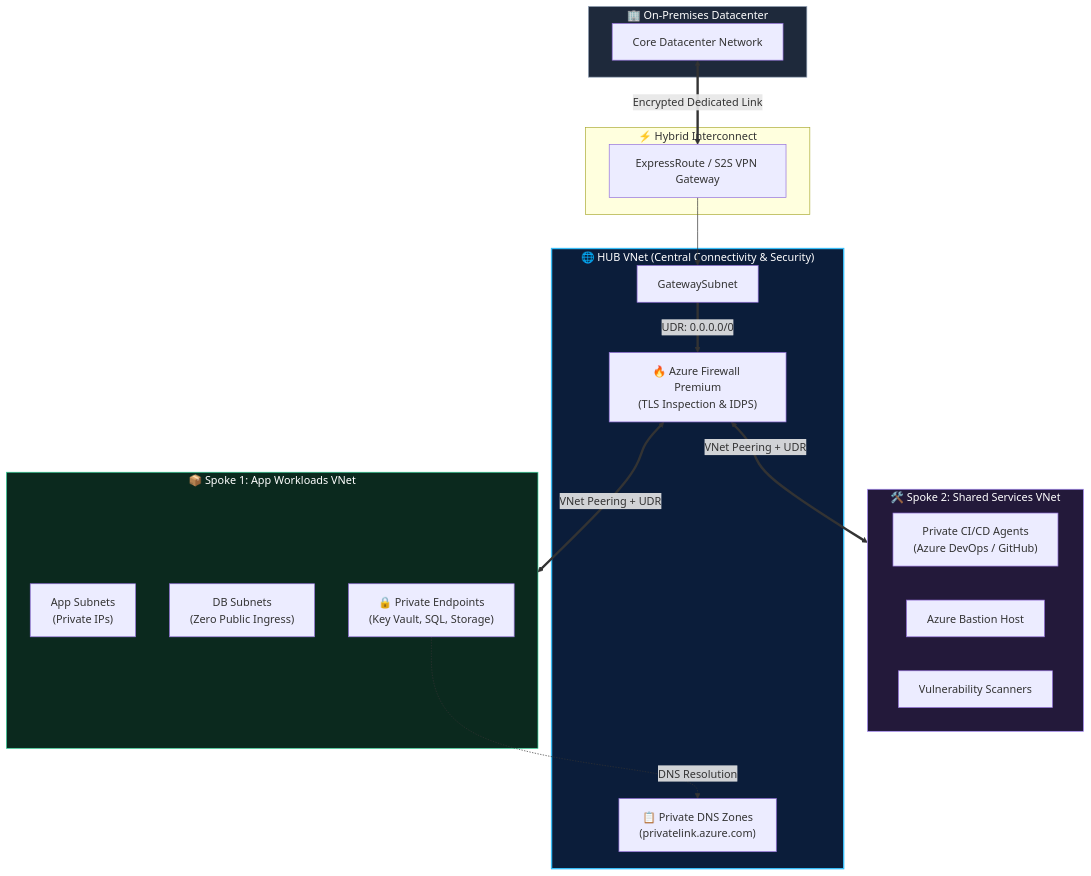
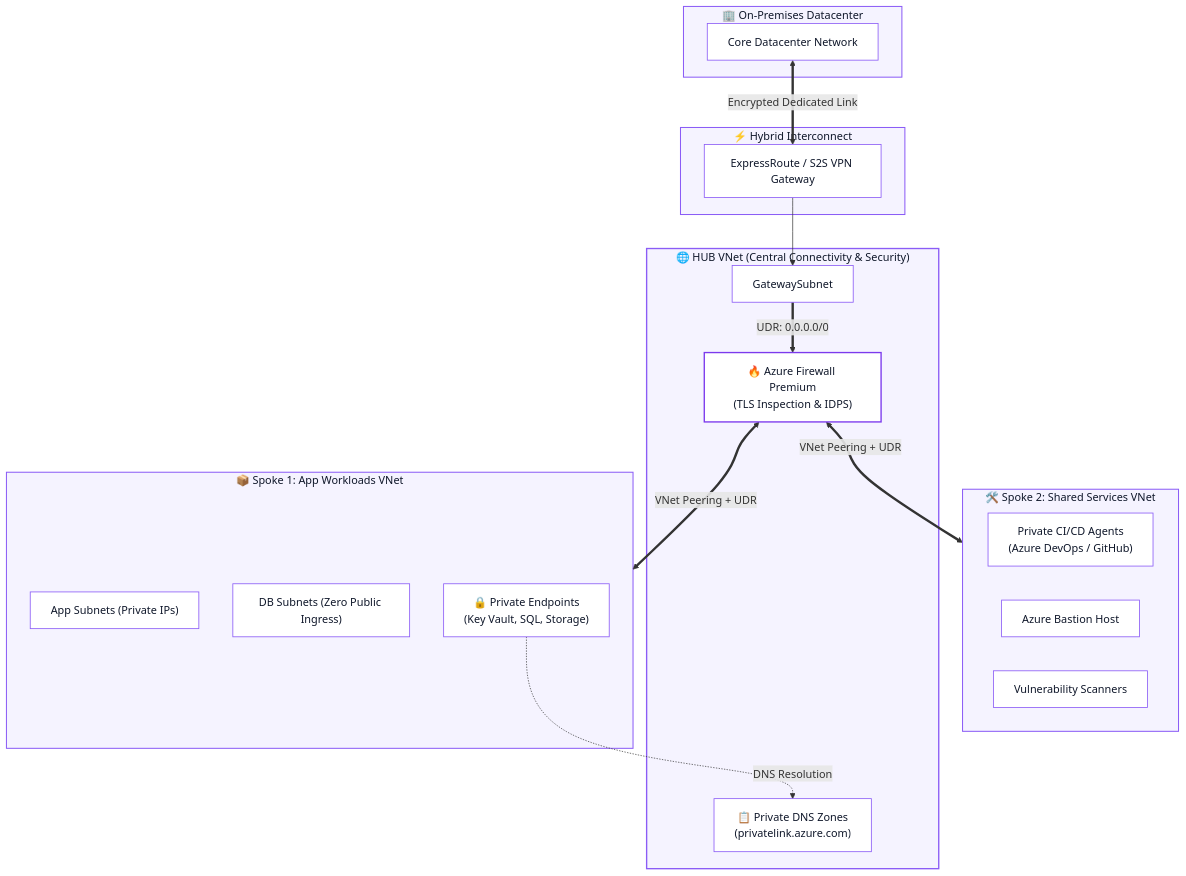
Before and after one commit to Ankitasingh-singh/Ankitasingh-singh: the fifth of 10 diagrams in README.md, drawn with Mermaid. The commit also changed other lines of this file, not shown here.

````diff
--- a/README.md
+++ b/README.md
@@ -278,40 +342,53 @@
 ```mermaid
 flowchart TD
     subgraph OnPrem["🏢 On-Premises Datacenter"]
         DC["Core Datacenter Network"]
     end
 
     subgraph HybridConnectivity["⚡ Hybrid Interconnect"]
         ER["ExpressRoute / S2S VPN Gateway"]
     end
 
     DC <==>|"Encrypted Dedicated Link"| ER
 
     subgraph HubVNet["🌐 HUB VNet (Central Connectivity & Security)"]
         ER --> GatewaySubnet["GatewaySubnet"]
-        Firewall["🔥 Azure Firewall Premium\n(TLS Inspection & IDPS)"]
-        PrivateDNS["📋 Private DNS Zones\n(privatelink.azure.com)"]
+        Firewall["🔥 Azure Firewall Premium<br/>(TLS Inspection & IDPS)"]
+        PrivateDNS["📋 Private DNS Zones<br/>(privatelink.azure.com)"]
         GatewaySubnet ==>|"UDR: 0.0.0.0/0"| Firewall
     end
 
     subgraph SpokeApp["📦 Spoke 1: App Workloads VNet"]
-        AppTier["App Subnets\n(Private IPs)"]
-        DBTier["DB Subnets\n(Zero Public Ingress)"]
-        PvtEndpoint["🔒 Private Endpoints\n(Key Vault, SQL, Storage)"]
+        AppTier["App Subnets (Private IPs)"]
+        DBTier["DB Subnets (Zero Public Ingress)"]
+        PvtEndpoint["🔒 Private Endpoints<br/>(Key Vault, SQL, Storage)"]
     end
 
     subgraph SpokeShared["🛠️ Spoke 2: Shared Services VNet"]
-        Runners["Private CI/CD Agents\n(Azure DevOps / GitHub)"]
+        Runners["Private CI/CD Agents<br/>(Azure DevOps / GitHub)"]
         Bastion["Azure Bastion Host"]
         SecTools["Vulnerability Scanners"]
     end
 
     Firewall <==>|"VNet Peering + UDR"| SpokeApp
     Firewall <==>|"VNet Peering + UDR"| SpokeShared
     PvtEndpoint -.->|"DNS Resolution"| PrivateDNS
 
-    style OnPrem fill:#1e293b,stroke:#94a3b8,stroke-width:1px,color:#fff
-    style HubVNet fill:#0b1d3a,stroke:#38bdf8,stroke-width:2px,color:#fff
-    style SpokeApp fill:#0b291e,stroke:#34d399,stroke-width:1px,color:#fff
-    style SpokeShared fill:#23193a,stroke:#a78bfa,stroke-width:1px,color:#fff
+    style OnPrem fill:#f5f3ff,stroke:#8b5cf6,stroke-width:1.5px,color:#0f172a
+    style HybridConnectivity fill:#f5f3ff,stroke:#8b5cf6,stroke-width:1.5px,color:#0f172a
+    style HubVNet fill:#f5f3ff,stroke:#8b5cf6,stroke-width:2px,color:#0f172a
+    style SpokeApp fill:#f5f3ff,stroke:#8b5cf6,stroke-width:1.5px,color:#0f172a
+    style SpokeShared fill:#f5f3ff,stroke:#8b5cf6,stroke-width:1.5px,color:#0f172a
+
+    style DC fill:#ffffff,stroke:#8b5cf6,stroke-width:1.2px,color:#0f172a
+    style ER fill:#ffffff,stroke:#8b5cf6,stroke-width:1.2px,color:#0f172a
+    style GatewaySubnet fill:#ffffff,stroke:#8b5cf6,stroke-width:1.2px,color:#0f172a
+    style Firewall fill:#ffffff,stroke:#7c3aed,stroke-width:2px,color:#0f172a
+    style PrivateDNS fill:#ffffff,stroke:#8b5cf6,stroke-width:1.2px,color:#0f172a
+    style AppTier fill:#ffffff,stroke:#8b5cf6,stroke-width:1.2px,color:#0f172a
+    style DBTier fill:#ffffff,stroke:#8b5cf6,stroke-width:1.2px,color:#0f172a
+    style PvtEndpoint fill:#ffffff,stroke:#8b5cf6,stroke-width:1.2px,color:#0f172a
+    style Runners fill:#ffffff,stroke:#8b5cf6,stroke-width:1.2px,color:#0f172a
+    style Bastion fill:#ffffff,stroke:#8b5cf6,stroke-width:1.2px,color:#0f172a
+    style SecTools fill:#ffffff,stroke:#8b5cf6,stroke-width:1.2px,color:#0f172a
 ```
````
